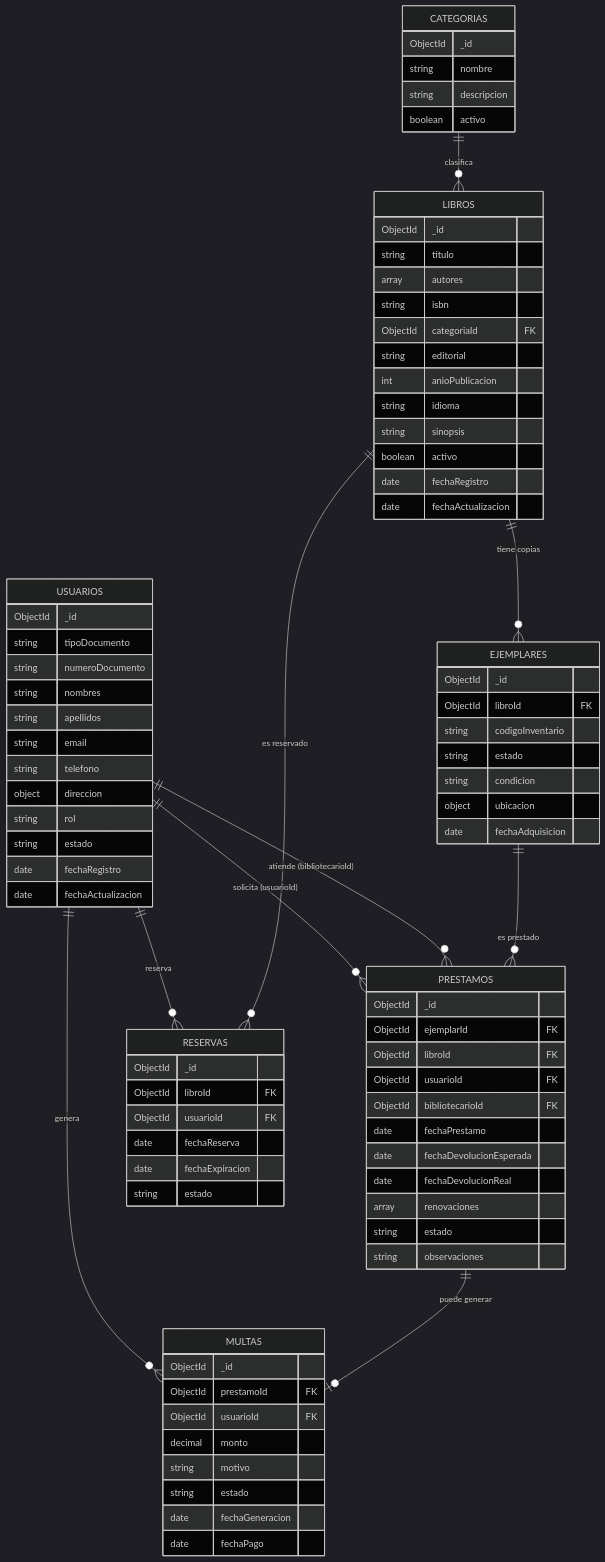
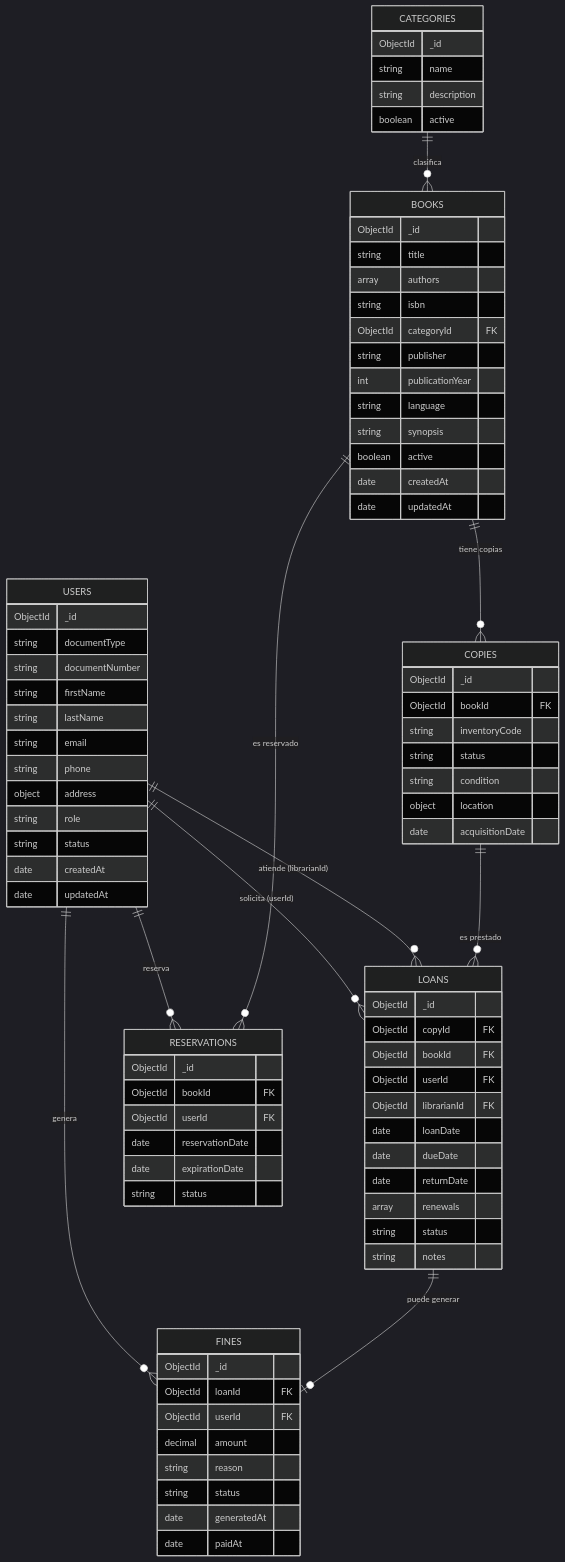
One commit to royzerker/bmvll-backend changed the diagram in docs/MODELADO.md. Above: the diagram before and after it, drawn with Mermaid (dark theme). The commit also changed other lines of this file and 3 other files, not shown here.

````diff
--- a/docs/MODELADO.md
+++ b/docs/MODELADO.md
@@ -16,87 +18,87 @@
 ```mermaid
 erDiagram
-    USUARIOS ||--o{ PRESTAMOS : "solicita (usuarioId)"
-    USUARIOS ||--o{ PRESTAMOS : "atiende (bibliotecarioId)"
-    USUARIOS ||--o{ MULTAS : "genera"
-    USUARIOS ||--o{ RESERVAS : "reserva"
-    CATEGORIAS ||--o{ LIBROS : "clasifica"
-    LIBROS ||--o{ EJEMPLARES : "tiene copias"
-    LIBROS ||--o{ RESERVAS : "es reservado"
-    EJEMPLARES ||--o{ PRESTAMOS : "es prestado"
-    PRESTAMOS ||--o| MULTAS : "puede generar"
+    USERS ||--o{ LOANS : "solicita (userId)"
+    USERS ||--o{ LOANS : "atiende (librarianId)"
+    USERS ||--o{ FINES : "genera"
+    USERS ||--o{ RESERVATIONS : "reserva"
+    CATEGORIES ||--o{ BOOKS : "clasifica"
+    BOOKS ||--o{ COPIES : "tiene copias"
+    BOOKS ||--o{ RESERVATIONS : "es reservado"
+    COPIES ||--o{ LOANS : "es prestado"
+    LOANS ||--o| FINES : "puede generar"
 
-    USUARIOS {
+    USERS {
         ObjectId _id
-        string tipoDocumento
-        string numeroDocumento
-        string nombres
-        string apellidos
+        string documentType
+        string documentNumber
+        string firstName
+        string lastName
         string email
-        string telefono
-        object direccion
-        string rol
-        string estado
-        date fechaRegistro
-        date fechaActualizacion
+        string phone
+        object address
+        string role
+        string status
+        date createdAt
+        date updatedAt
     }
-    CATEGORIAS {
+    CATEGORIES {
         ObjectId _id
-        string nombre
-        string descripcion
-        boolean activo
+        string name
+        string description
+        boolean active
     }
-    LIBROS {
+    BOOKS {
         ObjectId _id
-        string titulo
-        array autores
+        string title
+        array authors
         string isbn
-        ObjectId categoriaId FK
-        string editorial
-        int anioPublicacion
-        string idioma
-        string sinopsis
-        boolean activo
-        date fechaRegistro
-        date fechaActualizacion
+        ObjectId categoryId FK
+        string publisher
+        int publicationYear
+        string language
+        string synopsis
+        boolean active
+        date createdAt
+        date updatedAt
     }
-    EJEMPLARES {
+    COPIES {
         ObjectId _id
-        ObjectId libroId FK
-        string codigoInventario
-        string estado
-        string condicion
-        object ubicacion
-        date fechaAdquisicion
+        ObjectId bookId FK
+        string inventoryCode
+        string status
+        string condition
+        object location
+        date acquisitionDate
     }
-    PRESTAMOS {
+    LOANS {
         ObjectId _id
-        ObjectId ejemplarId FK
-        ObjectId libroId FK
-        ObjectId usuarioId FK
-        ObjectId bibliotecarioId FK
-        date fechaPrestamo
-        date fechaDevolucionEsperada
-        date fechaDevolucionReal
-        array renovaciones
-        string estado
-        string observaciones
+        ObjectId copyId FK
+        ObjectId bookId FK
+        ObjectId userId FK
+        ObjectId librarianId FK
+        date loanDate
+        date dueDate
+        date returnDate
+        array renewals
+        string status
+        string notes
     }
-    MULTAS {
+    FINES {
         ObjectId _id
-        ObjectId prestamoId FK
-        ObjectId usuarioId FK
-        decimal monto
-        string motivo
-        string estado
-        date fechaGeneracion
-        date fechaPago
+        ObjectId loanId FK
+        ObjectId userId FK
+        decimal amount
+        string reason
+        string status
+        date generatedAt
+        date paidAt
     }
-    RESERVAS {
+    RESERVATIONS {
         ObjectId _id
-        ObjectId libroId FK
-        ObjectId usuarioId FK
-        date fechaReserva
-        date fechaExpiracion
-        string estado
+        ObjectId bookId FK
+        ObjectId userId FK
+        date reservationDate
+        date expirationDate
+        string status
     }
 ```
````
